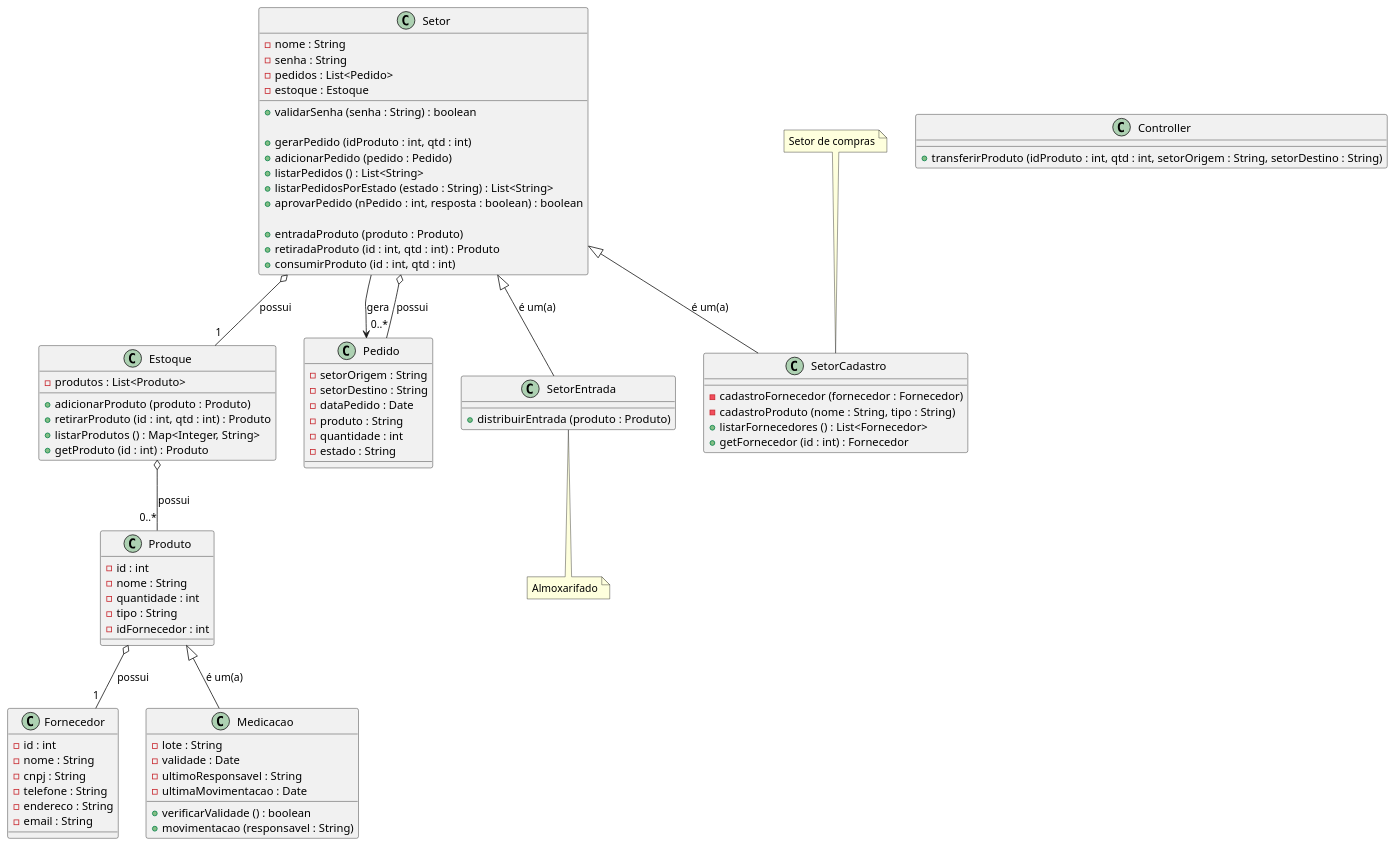
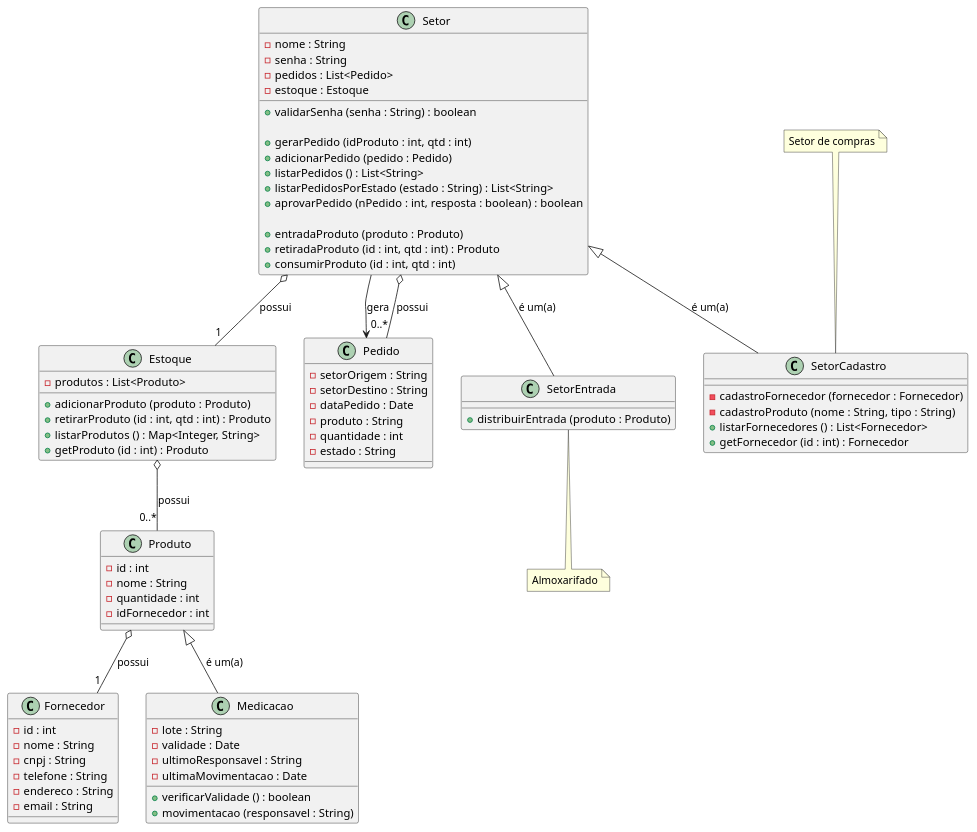
Before and after one commit to B4Hive/HealthStock: the diagram in plant.puml, drawn with PlantUML. The commit also changed 29 other files, not shown here.

```diff
--- a/plant.puml
+++ b/plant.puml
@@ -1,104 +1,99 @@
 @startuml HealthStock
 
 class Fornecedor {
   - id : int
   - nome : String
   - cnpj : String
   - telefone : String
   - endereco : String
   - email : String
 }
 
 class Produto {
   - id : int
   - nome : String
   - quantidade : int
-  - tipo : String
   - idFornecedor : int
 }
 
 class Medicacao {
   - lote : String
   - validade : Date
   - ultimoResponsavel : String
   - ultimaMovimentacao : Date
   + verificarValidade () : boolean
   + movimentacao (responsavel : String)
 }
 
 class Estoque {
   - produtos : List<Produto>
   + adicionarProduto (produto : Produto)
   + retirarProduto (id : int, qtd : int) : Produto
   + listarProdutos () : Map<Integer, String>
   + getProduto (id : int) : Produto
 }
 
 class Pedido {
   - setorOrigem : String
   - setorDestino : String
   - dataPedido : Date
   - produto : String
   - quantidade : int
   - estado : String
 }
 
 class Setor {
   - nome : String
   - senha : String
   - pedidos : List<Pedido>
   - estoque : Estoque
 
   + validarSenha (senha : String) : boolean
 
   + gerarPedido (idProduto : int, qtd : int)
   + adicionarPedido (pedido : Pedido)
   + listarPedidos () : List<String>
   + listarPedidosPorEstado (estado : String) : List<String>
   + aprovarPedido (nPedido : int, resposta : boolean) : boolean 
 
   + entradaProduto (produto : Produto)
   + retiradaProduto (id : int, qtd : int) : Produto
   + consumirProduto (id : int, qtd : int)
 }
 
 class SetorEntrada {
   + distribuirEntrada (produto : Produto)
 }
 
 class SetorCadastro {
   - cadastroFornecedor (fornecedor : Fornecedor)
   - cadastroProduto (nome : String, tipo : String)
   + listarFornecedores () : List<Fornecedor>
   + getFornecedor (id : int) : Fornecedor
 }
 
 Setor <|-- SetorEntrada : é um(a)
 
 Setor <|-- SetorCadastro : é um(a)
 
 Produto <|-- Medicacao : é um(a)
 
 Produto o-- "1" Fornecedor : possui
 
 Setor o-- "1" Estoque : possui
 
 Setor --> Pedido : gera
 
 Setor o-- "0..*" Pedido : possui
 
 Estoque o-- "0..*" Produto : possui
 
 note top of SetorCadastro
   Setor de compras
 end note
 
 note bottom of SetorEntrada
   Almoxarifado
 end note
 
-class Controller {
-  + transferirProduto (idProduto : int, qtd : int, setorOrigem : String, setorDestino : String)
-}
-
 @enduml
```
